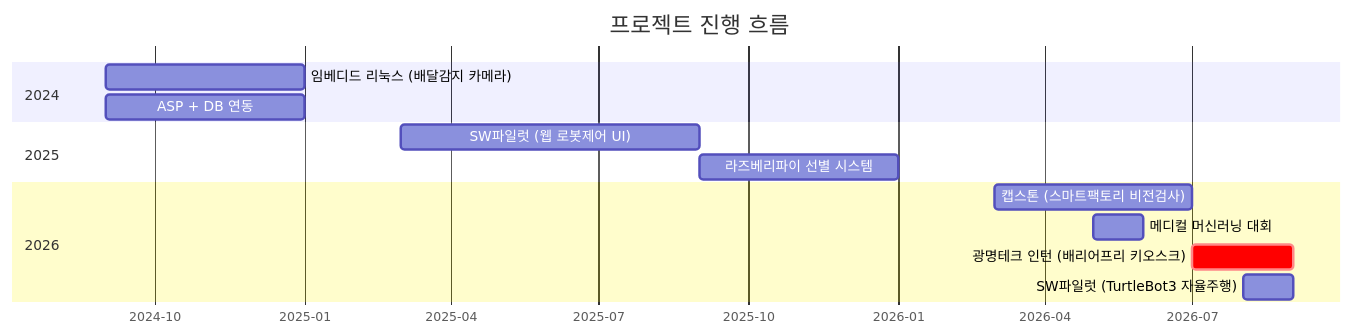
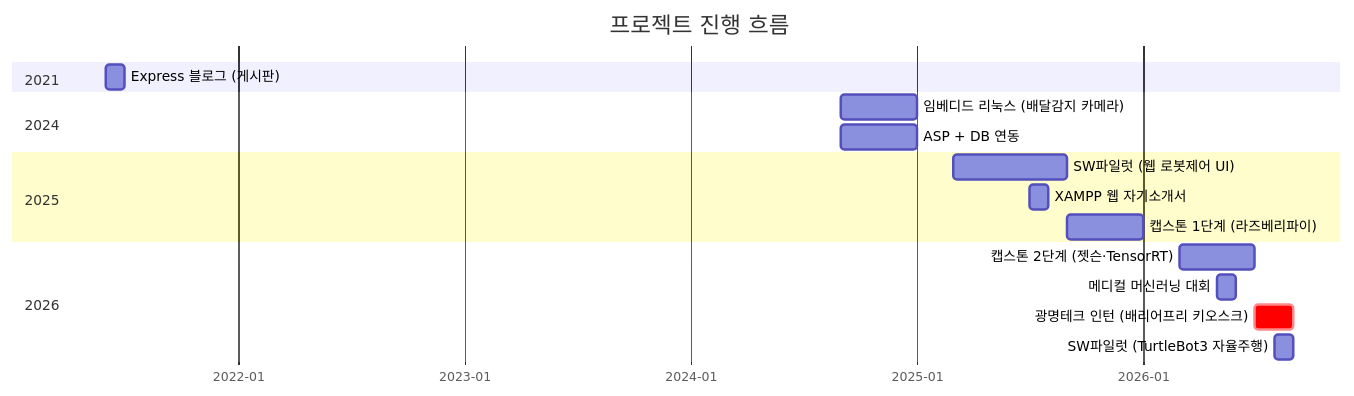
The first of 3 diagrams in README.md (kakabab12/My_portfolio), drawn with Mermaid before and after one commit. The commit also changed other lines of this file and 58 other files, not shown here.

````diff
--- a/README.md
+++ b/README.md
@@ -109,20 +117,24 @@
 ```mermaid
 gantt
     title 프로젝트 진행 흐름
     dateFormat YYYY-MM
     axisFormat %Y-%m
+
+    section 2021
+    Express 블로그 (게시판)            :2021-06, 1M
 
     section 2024
     임베디드 리눅스 (배달감지 카메라)   :2024-09, 4M
     ASP + DB 연동                      :2024-09, 4M
 
     section 2025
     SW파일럿 (웹 로봇제어 UI)          :2025-03, 6M
-    라즈베리파이 선별 시스템            :2025-09, 4M
+    XAMPP 웹 자기소개서                 :2025-07, 1M
+    캡스톤 1단계 (라즈베리파이)          :2025-09, 4M
 
     section 2026
-    캡스톤 (스마트팩토리 비전검사)      :2026-03, 4M
+    캡스톤 2단계 (젯슨·TensorRT)        :2026-03, 4M
     메디컬 머신러닝 대회                :2026-05, 1M
     광명테크 인턴 (배리어프리 키오스크) :crit, 2026-07, 2M
     SW파일럿 (TurtleBot3 자율주행)     :2026-08, 1M
 ```
````
